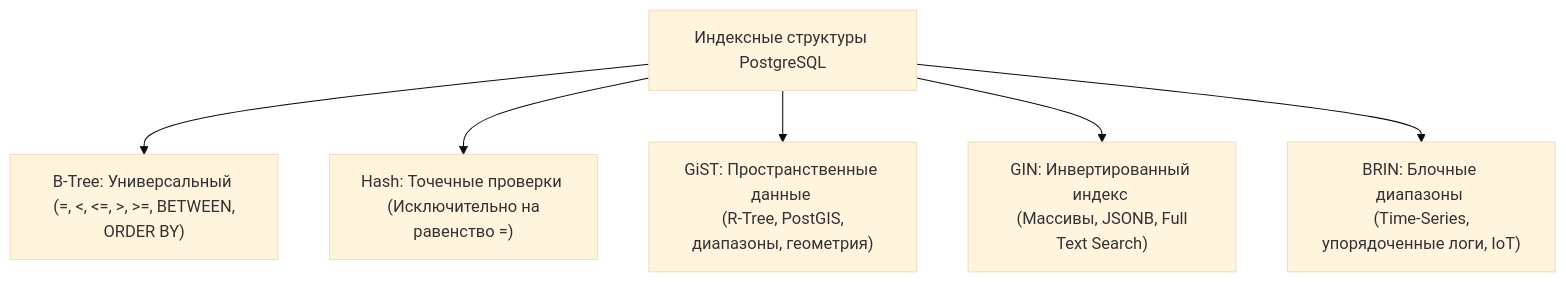
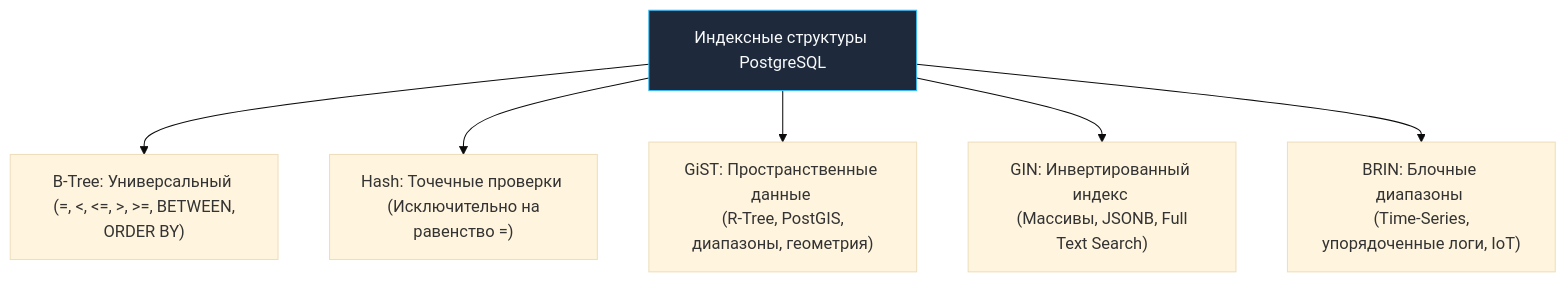
One commit to UnrealTemplier/go-textbook changed the third of 3 diagrams in sources/12. Базы данных/06. PostgreSQL/4. Индексы в PostgreSQL.md. Above: the diagram before and after it, drawn with Mermaid (base theme). The commit also changed other lines of this file and 1666 other files, not shown here.

First line of the commit message:
feat(mermaid): add semantic color classDef to 1369 colorless flowchart/graph diagrams

````diff
--- a/sources/12. Базы данных/06. PostgreSQL/4. Индексы в PostgreSQL.md
+++ b/sources/12. Базы данных/06. PostgreSQL/4. Индексы в PostgreSQL.md
@@ -123,9 +143,19 @@
 ```mermaid
 graph TD
-    Indexes["Индексные структуры PostgreSQL"]
+    classDef process  fill:#1e293b,stroke:#38bdf8,stroke-width:1px,color:#f8fafc
+    classDef success  fill:#064e3b,stroke:#34d399,stroke-width:1px,color:#f8fafc
+    classDef error    fill:#7f1d1d,stroke:#f87171,stroke-width:1px,color:#f8fafc
+    classDef warning  fill:#78350f,stroke:#fbbf24,stroke-width:1px,color:#f8fafc
+    classDef entry    fill:#1e3a5f,stroke:#38bdf8,stroke-width:2px,color:#f8fafc
+    classDef aux      fill:#334155,stroke:#64748b,stroke-width:1px,color:#f8fafc
+    classDef system   fill:#312e81,stroke:#a78bfa,stroke-width:1px,color:#f8fafc
+    classDef data     fill:#132d29,stroke:#2dd4bf,stroke-width:1px,color:#f8fafc
+    classDef network  fill:#881337,stroke:#fb7185,stroke-width:1px,color:#f8fafc
+    classDef accent   fill:#1e1b4b,stroke:#818cf8,stroke-width:1px,color:#f8fafc
+    Indexes["Индексные структуры PostgreSQL"]:::process
     Indexes --> BTree["B-Tree: Универсальный <br> (=, <, <=, >, >=, BETWEEN, ORDER BY)"]
     Indexes --> Hash["Hash: Точечные проверки <br> (Исключительно на равенство =)"]
     Indexes --> GiST["GiST: Пространственные данные <br> (R-Tree, PostGIS, диапазоны, геометрия)"]
     Indexes --> GIN["GIN: Инвертированный индекс <br> (Массивы, JSONB, Full Text Search)"]
     Indexes --> BRIN["BRIN: Блочные диапазоны <br> (Time-Series, упорядоченные логи, IoT)"]
 ```
````
